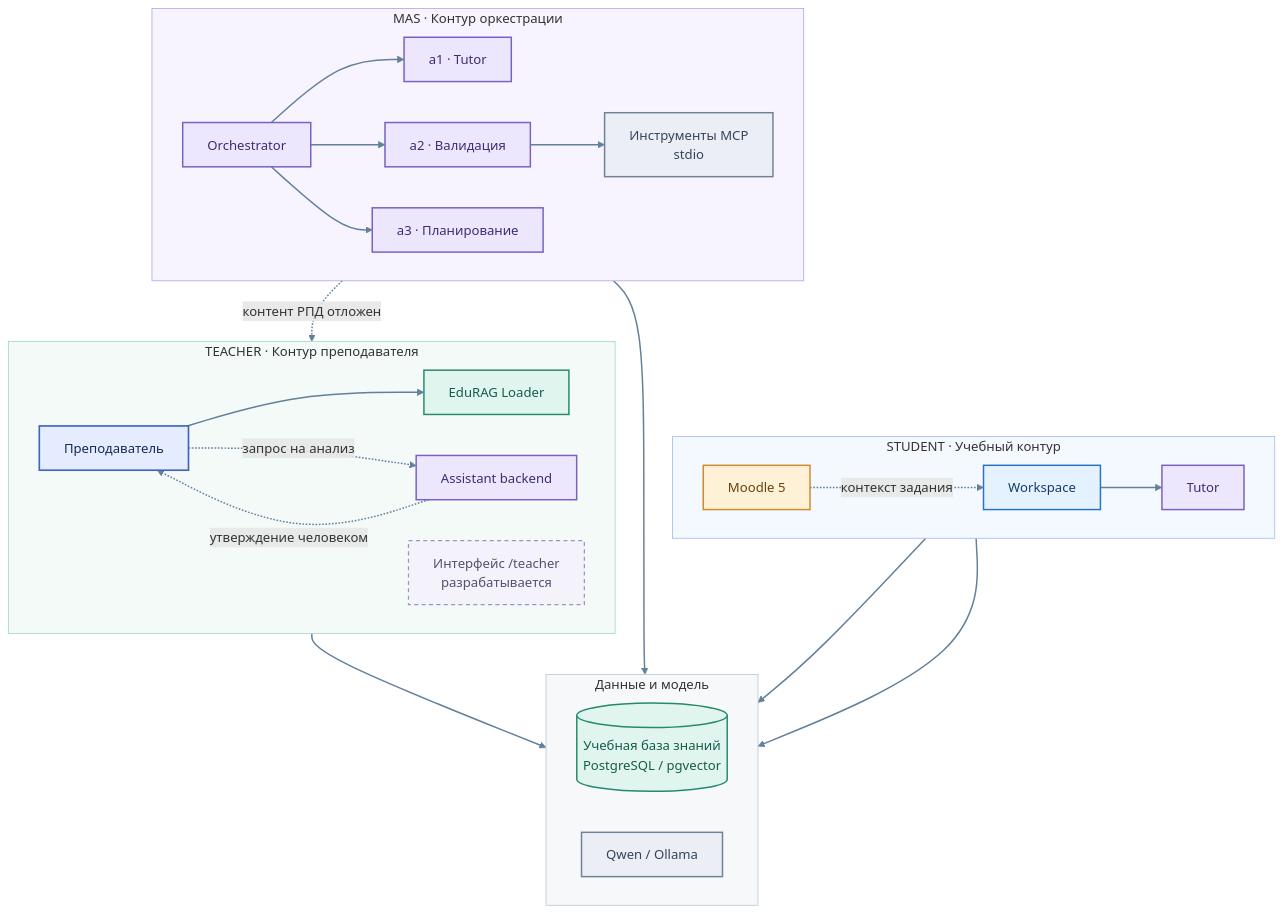
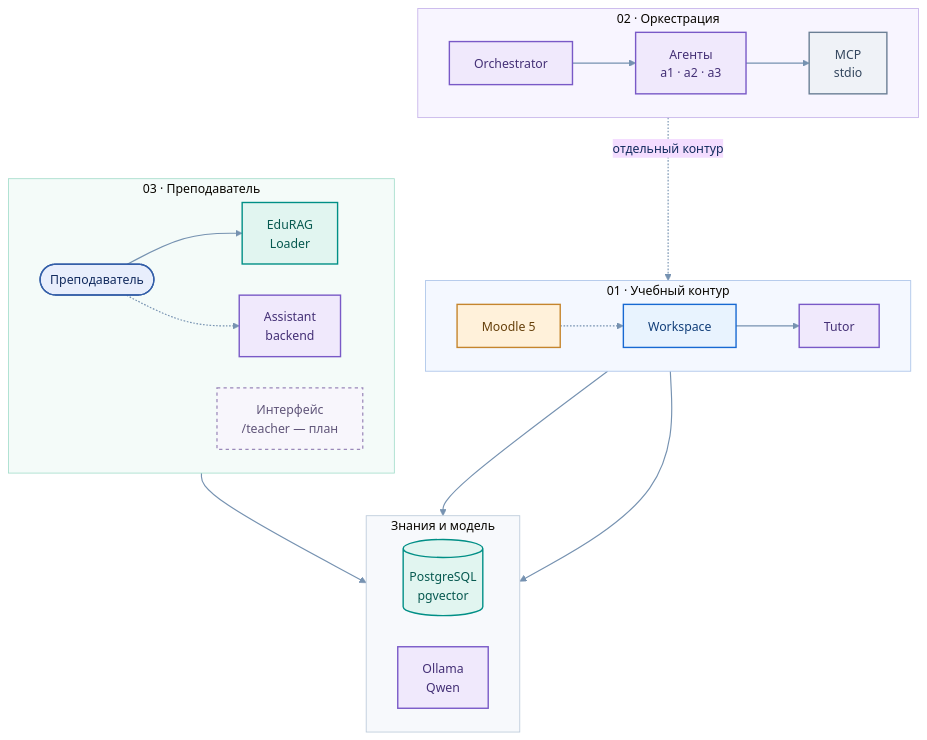
The third of 3 diagrams in README.md (BosenkoTM/llm-data-analytics-tutor), drawn with Mermaid before and after one commit. The commit also changed other lines of this file, not shown here.

````diff
--- a/README.md
+++ b/README.md
@@ -102,52 +120,48 @@
 ```mermaid
+%%{init: {"theme": "base", "flowchart": {"htmlLabels": true, "nodeSpacing": 38, "rankSpacing": 52}, "themeVariables": {"fontFamily": "Arial, sans-serif", "fontSize": "15px", "background": "#ffffff", "primaryTextColor": "#122B5E", "lineColor": "#7692B1"}}}%%
 flowchart TB
-    subgraph ST["STUDENT · Учебный контур"]
-        direction LR
-        M["Moodle 5"] -. "контекст задания" .-> W["Workspace"]
-        W --> T["Tutor"]
-    end
-    subgraph ML["MAS · Контур оркестрации"]
-        direction LR
-        OR["Orchestrator"] --> A1["a1 · Tutor"]
-        OR --> A2["a2 · Валидация"]
-        OR --> A3["a3 · Планирование"]
-        A2 --> MCP["Инструменты MCP<br/>stdio"]
-    end
-    subgraph TR["TEACHER · Контур преподавателя"]
-        direction LR
-        P["Преподаватель"] --> L["EduRAG Loader"]
-        P -. "запрос на анализ" .-> AS["Assistant backend"]
-        AS -. "утверждение человеком" .-> P
-        FUT["Интерфейс /teacher<br/>разрабатывается"]
-    end
-    subgraph DS["Данные и модель"]
-        direction LR
-        KB[("Учебная база знаний<br/>PostgreSQL / pgvector")]
-        OLL["Qwen / Ollama"]
-    end
-    T --> KB
-    T --> OLL
-    L --> KB
-    A1 --> KB
-    A3 -. "контент РПД отложен" .-> FUT
-    class M lms;
-    class W ui;
-    class T,OR,A1,A2,A3,AS agent;
-    class MCP,OLL infra;
-    class P person;
-    class L,KB data;
-    class FUT future;
-style ST fill:#F4F8FF,stroke:#A2BCEE,stroke-width:1px;
-style ML fill:#F7F4FF,stroke:#B9A4E7,stroke-width:1px;
-style TR fill:#F3FAF8,stroke:#A2D8C8,stroke-width:1px;
-style DS fill:#F6F8FA,stroke:#BBC7D3,stroke-width:1px;
-classDef person fill:#E5ECFD,stroke:#4164B9,color:#142C59,stroke-width:2px;
-classDef lms fill:#FFF1D6,stroke:#D28A2B,color:#66440C,stroke-width:1.8px;
-classDef ui fill:#E4F1FE,stroke:#2774C7,color:#153D6A,stroke-width:1.8px;
-classDef agent fill:#EDE7FD,stroke:#7960C2,color:#3D2D73,stroke-width:1.8px;
-classDef data fill:#E1F5EF,stroke:#268A6D,color:#155C4B,stroke-width:1.8px;
-classDef infra fill:#EBEFF5,stroke:#6F8198,color:#35445A,stroke-width:1.8px;
-classDef guard fill:#FFEBE8,stroke:#C76650,color:#7B3429,stroke-width:1.8px;
-classDef future fill:#F4F2FB,stroke:#9D95BD,color:#55506E,stroke-width:1.5px,stroke-dasharray:5 4;
-linkStyle default stroke:#63809B,stroke-width:1.8px;
+  subgraph ST["01 · Учебный контур"]
+    direction LR
+    MO["Moodle 5"] -.-> WS["Workspace"] --> TT["Tutor"]
+  end
+  subgraph MAS["02 · Оркестрация"]
+    direction LR
+    OR["Orchestrator"] --> AG["Агенты<br/>a1 · a2 · a3"]
+    AG --> MP["MCP<br/>stdio"]
+  end
+  subgraph TEACH["03 · Преподаватель"]
+    direction LR
+    PE(["Преподаватель"]) --> LD["EduRAG<br/>Loader"]
+    PE -.-> AS["Assistant<br/>backend"]
+    TI["Интерфейс<br/>/teacher — план"]
+  end
+  subgraph CORE["Знания и модель"]
+    direction LR
+    DB[("PostgreSQL<br/>pgvector")]
+    LL["Ollama<br/>Qwen"]
+  end
+  TT --> DB
+  TT --> LL
+  LD --> DB
+  OR -. "отдельный контур" .-> TT
+  class MO lms;
+  class WS ui;
+  class TT,OR,AG,AS,LL agent;
+  class MP infra;
+  class PE person;
+  class LD,DB data;
+  class TI future;
+  style ST fill:#F4F8FF,stroke:#A9C2E8,stroke-width:1px;
+  style MAS fill:#F8F5FF,stroke:#C4B1E9,stroke-width:1px;
+  style TEACH fill:#F4FBF9,stroke:#A2DCCA,stroke-width:1px;
+  style CORE fill:#F7F9FC,stroke:#BAC9D9,stroke-width:1px;
+classDef person fill:#E8EEFC,stroke:#345FA8,color:#122B5E,stroke-width:1.7px;
+classDef lms fill:#FFF1DA,stroke:#C5852D,color:#66400B,stroke-width:1.7px;
+classDef ui fill:#E8F3FE,stroke:#1769D2,color:#123F7A,stroke-width:1.7px;
+classDef agent fill:#F0E9FC,stroke:#7959C7,color:#443076,stroke-width:1.7px;
+classDef data fill:#E1F5F0,stroke:#008F86,color:#075950,stroke-width:1.7px;
+classDef infra fill:#EFF2F7,stroke:#6B7F95,color:#33465E,stroke-width:1.7px;
+classDef future fill:#F8F6FC,stroke:#9A88B9,color:#605579,stroke-width:1.5px,stroke-dasharray:4 4;
+classDef guard fill:#FFF0EB,stroke:#D36E56,color:#813C2C,stroke-width:1.7px;
+linkStyle default stroke:#7692B1,stroke-width:1.4px;
 ```
````
